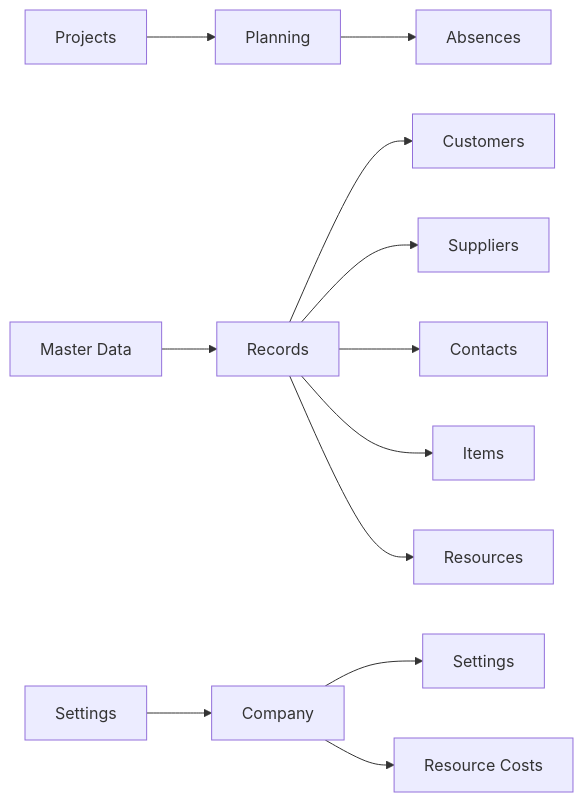
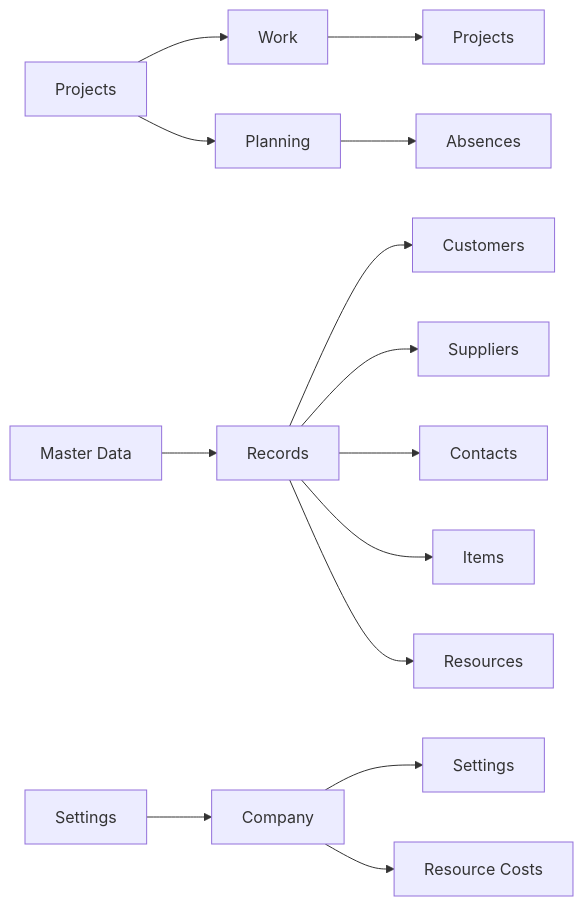
The third of 3 diagrams in docs/data-model.md (Power-Builders-Italia/ProjectIQ), drawn with Mermaid before and after one commit. The commit also changed other lines of this file and 206 other files, not shown here.

````diff
--- a/docs/data-model.md
+++ b/docs/data-model.md
@@ -48,6 +113,7 @@
 ```mermaid
 flowchart LR
-  P[Projects] --> PL[Planning] --> AB[Absences]
+  P[Projects] --> W[Work] --> PR[Projects]
+  P --> PL[Planning] --> AB[Absences]
   M[Master Data] --> R[Records] --> C1[Customers] & C2[Suppliers] & C3[Contacts] & C4[Items] & C5[Resources]
   S[Settings] --> CO[Company] --> S1[Settings] & S2[Resource Costs]
 ```
````
